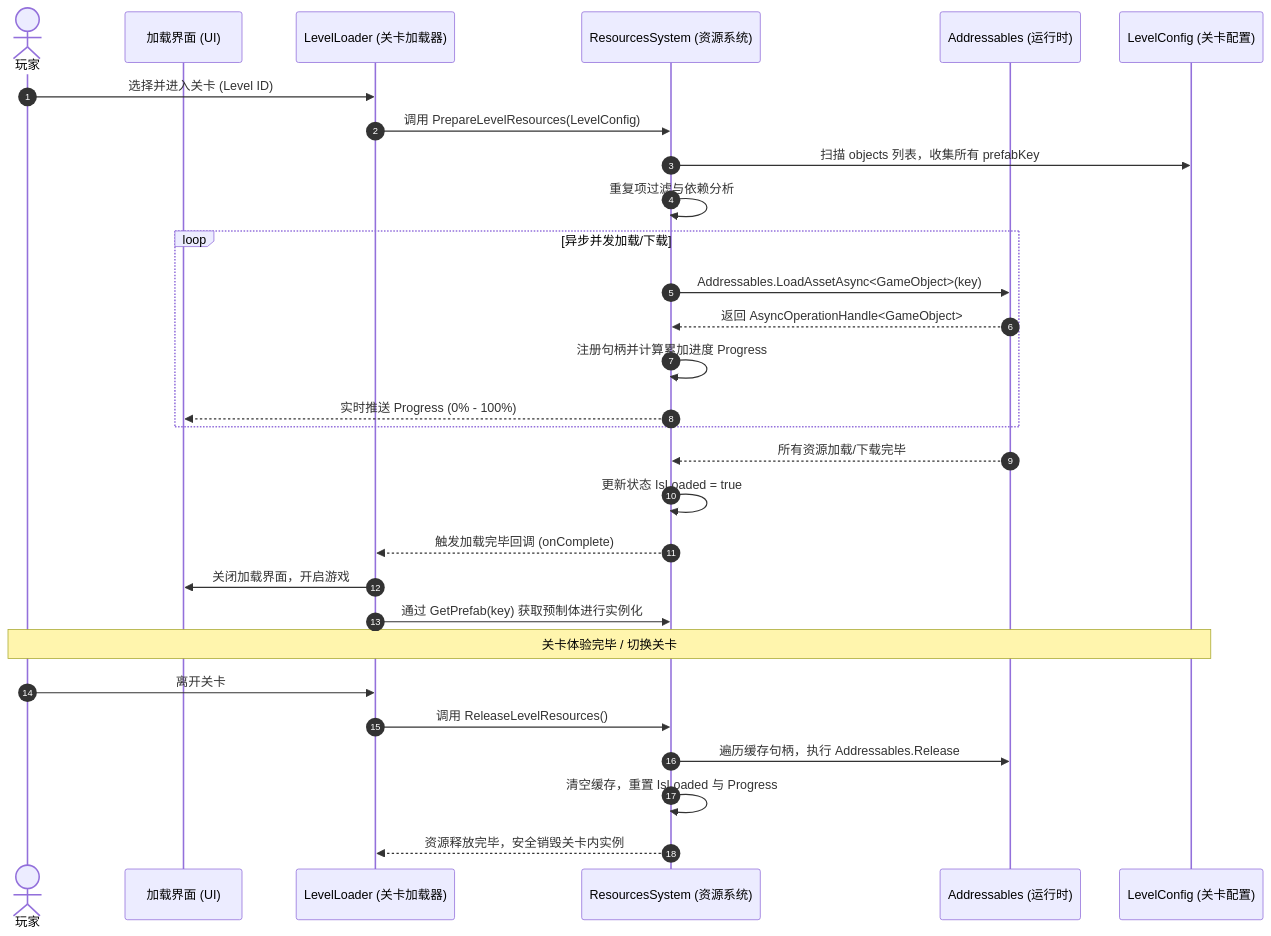
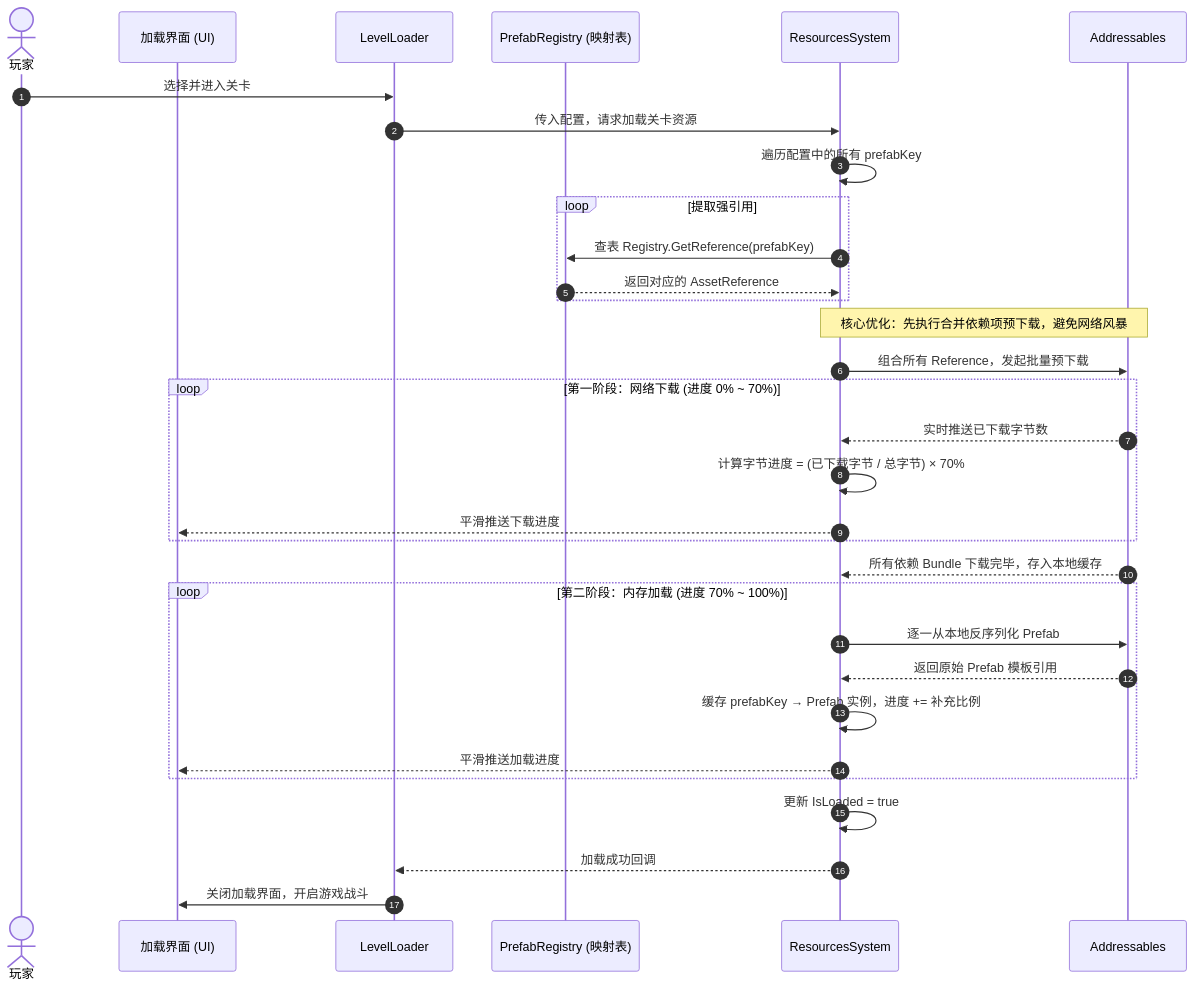
Before and after one commit to sakkiyavya/CageFight: the second of 3 diagrams in Assets/Runtime/ResourcesSystem/ResourcesSystemDesign.md, drawn with Mermaid. The commit also changed other lines of this file and 1 other file, not shown here.

````diff
--- a/Assets/Runtime/ResourcesSystem/ResourcesSystemDesign.md
+++ b/Assets/Runtime/ResourcesSystem/ResourcesSystemDesign.md
@@ -23,36 +80,41 @@
 ```mermaid
 sequenceDiagram
     autonumber
     actor Player as 玩家
     participant UI as 加载界面 (UI)
-    participant Loader as LevelLoader (关卡加载器)
-    participant ResSys as ResourcesSystem (资源系统)
-    participant Addr as Addressables (运行时)
-    participant Config as LevelConfig (关卡配置)
+    participant Loader as LevelLoader
+    participant Registry as PrefabRegistry (映射表)
+    participant ResSys as ResourcesSystem
+    participant Addr as Addressables
 
-    Player->>Loader: 选择并进入关卡 (Level ID)
-    Loader->>ResSys: 调用 PrepareLevelResources(LevelConfig)
-    ResSys->>Config: 扫描 objects 列表，收集所有 prefabKey
-    ResSys->>ResSys: 重复项过滤与依赖分析
-    
-    loop 异步并发加载/下载
-        ResSys->>Addr: Addressables.LoadAssetAsync<GameObject>(key)
-        Addr-->>ResSys: 返回 AsyncOperationHandle<GameObject>
-        ResSys->>ResSys: 注册句柄并计算累加进度 Progress
-        ResSys-->>UI: 实时推送 Progress (0% - 100%)
+    Player->>Loader: 选择并进入关卡
+    Loader->>ResSys: 传入配置，请求加载关卡资源
+
+    ResSys->>ResSys: 遍历配置中的所有 prefabKey
+    loop 提取强引用
+        ResSys->>Registry: 查表 Registry.GetReference(prefabKey)
+        Registry-->>ResSys: 返回对应的 AssetReference
     end
 
-    Addr-->>ResSys: 所有资源加载/下载完毕
-    ResSys->>ResSys: 更新状态 IsLoaded = true
-    ResSys-->>Loader: 触发加载完毕回调 (onComplete)
-    Loader->>UI: 关闭加载界面，开启游戏
-    Loader->>ResSys: 通过 GetPrefab(key) 获取预制体进行实例化
-    
-    Note over Player,Config: 关卡体验完毕 / 切换关卡
-    
-    Player->>Loader: 离开关卡
-    Loader->>ResSys: 调用 ReleaseLevelResources()
-    ResSys->>Addr: 遍历缓存句柄，执行 Addressables.Release
-    ResSys->>ResSys: 清空缓存，重置 IsLoaded 与 Progress
-    ResSys-->>Loader: 资源释放完毕，安全销毁关卡内实例
+    Note over ResSys, Addr: 核心优化：先执行合并依赖项预下载，避免网络风暴
+    ResSys->>Addr: 组合所有 Reference，发起批量预下载
+
+    loop 第一阶段：网络下载 (进度 0% ~ 70%)
+        Addr-->>ResSys: 实时推送已下载字节数
+        ResSys->>ResSys: 计算字节进度 = (已下载字节 / 总字节) × 70%
+        ResSys-->>UI: 平滑推送下载进度
+    end
+
+    Addr-->>ResSys: 所有依赖 Bundle 下载完毕，存入本地缓存
+
+    loop 第二阶段：内存加载 (进度 70% ~ 100%)
+        ResSys->>Addr: 逐一从本地反序列化 Prefab
+        Addr-->>ResSys: 返回原始 Prefab 模板引用
+        ResSys->>ResSys: 缓存 prefabKey → Prefab 实例，进度 += 补充比例
+        ResSys-->>UI: 平滑推送加载进度
+    end
+
+    ResSys->>ResSys: 更新 IsLoaded = true
+    ResSys-->>Loader: 加载成功回调
+    Loader->>UI: 关闭加载界面，开启游戏战斗
 ```
````
